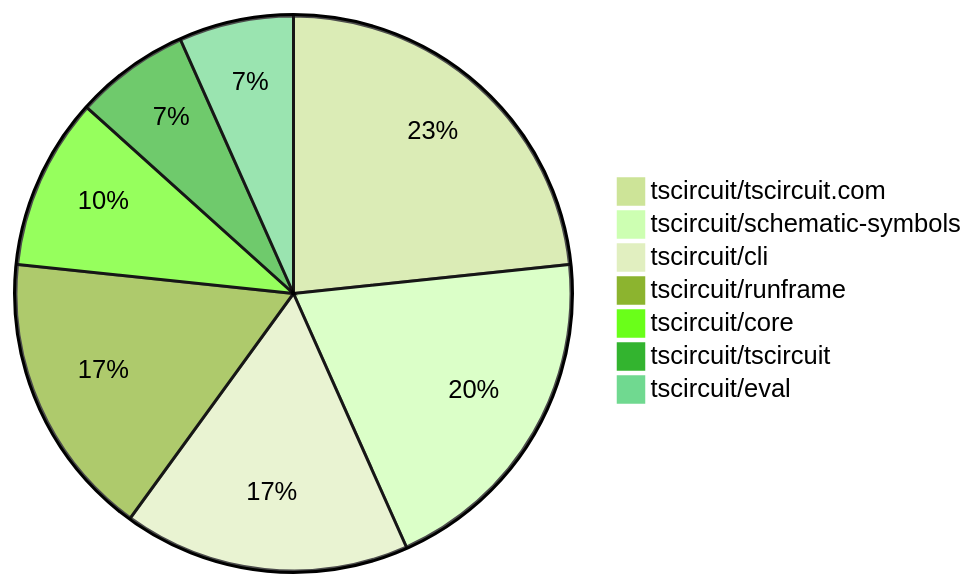
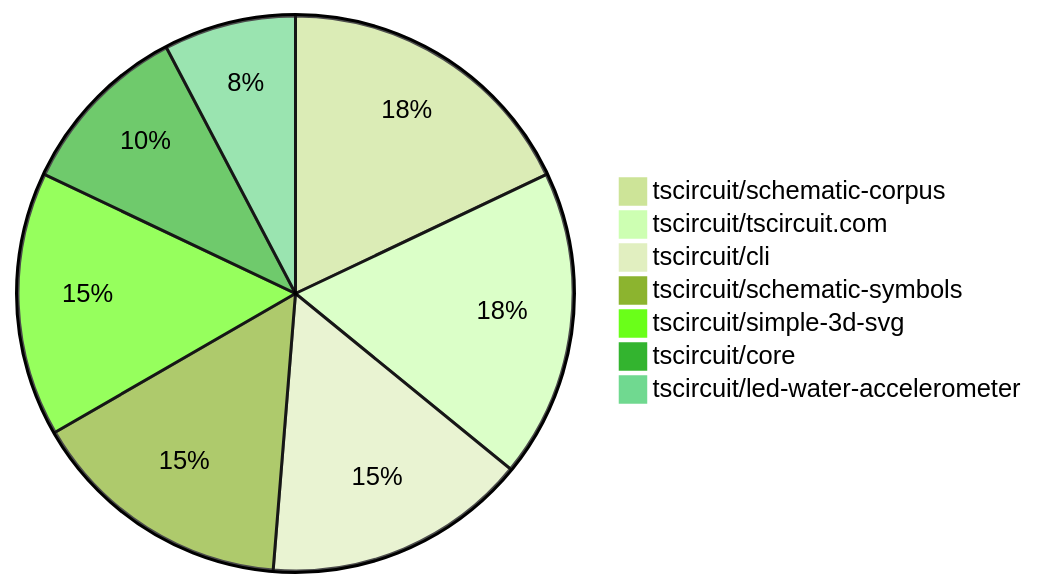
The second of 2 diagrams in README.md (tscircuit/contribution-tracker), drawn with Mermaid (forest theme) before and after one commit. The commit also changed other lines of this file and 3 other files, not shown here.

````diff
--- a/README.md
+++ b/README.md
@@ -92,10 +97,10 @@
 ```mermaid
 pie
+    "tscircuit/schematic-corpus" : 7
     "tscircuit/tscircuit.com" : 7
+    "tscircuit/cli" : 6
     "tscircuit/schematic-symbols" : 6
-    "tscircuit/cli" : 5
-    "tscircuit/runframe" : 5
-    "tscircuit/core" : 3
-    "tscircuit/tscircuit" : 2
-    "tscircuit/eval" : 2
+    "tscircuit/simple-3d-svg" : 6
+    "tscircuit/core" : 4
+    "tscircuit/led-water-accelerometer" : 3
 ```
````
